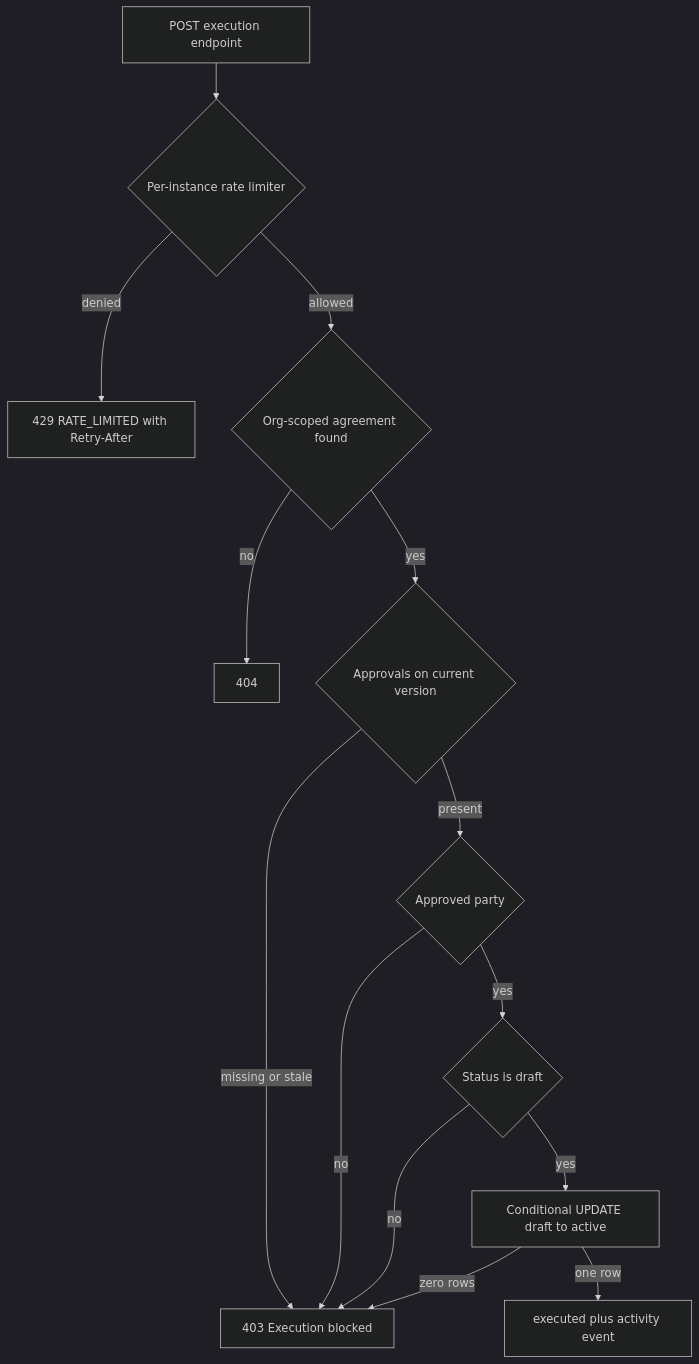
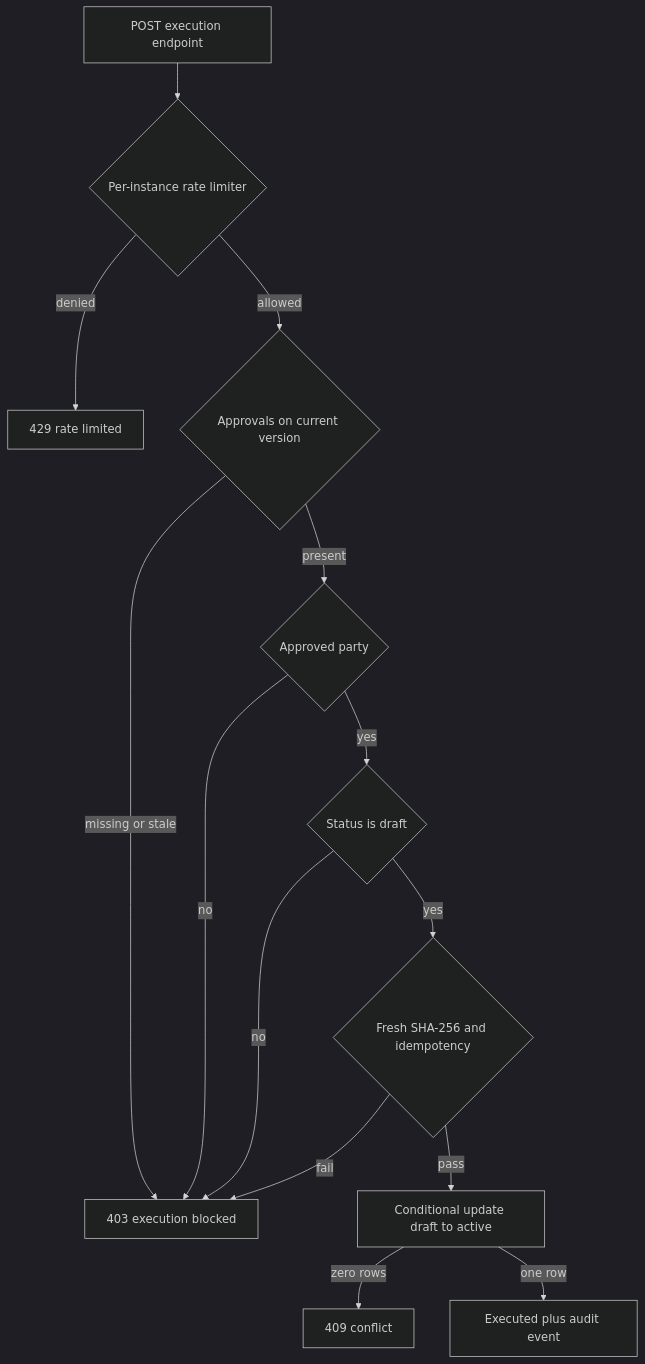
The fourth of 5 diagrams in README.md (the-nidhi-bhat/LEXORA-LegalX), drawn with Mermaid (dark theme) before and after one commit. The commit also changed other lines of this file and 13 other files, not shown here.

````diff
--- a/README.md
+++ b/README.md
@@ -137,16 +224,16 @@
 ```mermaid
 flowchart TD
-    Q[POST execution endpoint] --> L{Per-instance rate limiter}
-    L -->|denied| R429[429 RATE_LIMITED with Retry-After]
-    L -->|allowed| O{Org-scoped agreement found}
-    O -->|no| NF[404]
-    O -->|yes| AP{Approvals on current version}
-    AP -->|missing or stale| F403[403 Execution blocked]
+    Q[POST execution endpoint] --> RL{Per-instance rate limiter}
+    RL -->|denied| R429[429 rate limited]
+    RL -->|allowed| AP{Approvals on current version}
+    AP -->|missing or stale| F403[403 execution blocked]
     AP -->|present| PT{Approved party}
     PT -->|no| F403
     PT -->|yes| ST{Status is draft}
     ST -->|no| F403
-    ST -->|yes| U[Conditional UPDATE draft to active]
-    U -->|zero rows| F403
-    U -->|one row| OK[executed plus activity event]
+    ST -->|yes| FH{Fresh SHA-256 and idempotency}
+    FH -->|fail| F403
+    FH -->|pass| U[Conditional update draft to active]
+    U -->|zero rows| F409[409 conflict]
+    U -->|one row| OK[Executed plus audit event]
 ```
````
